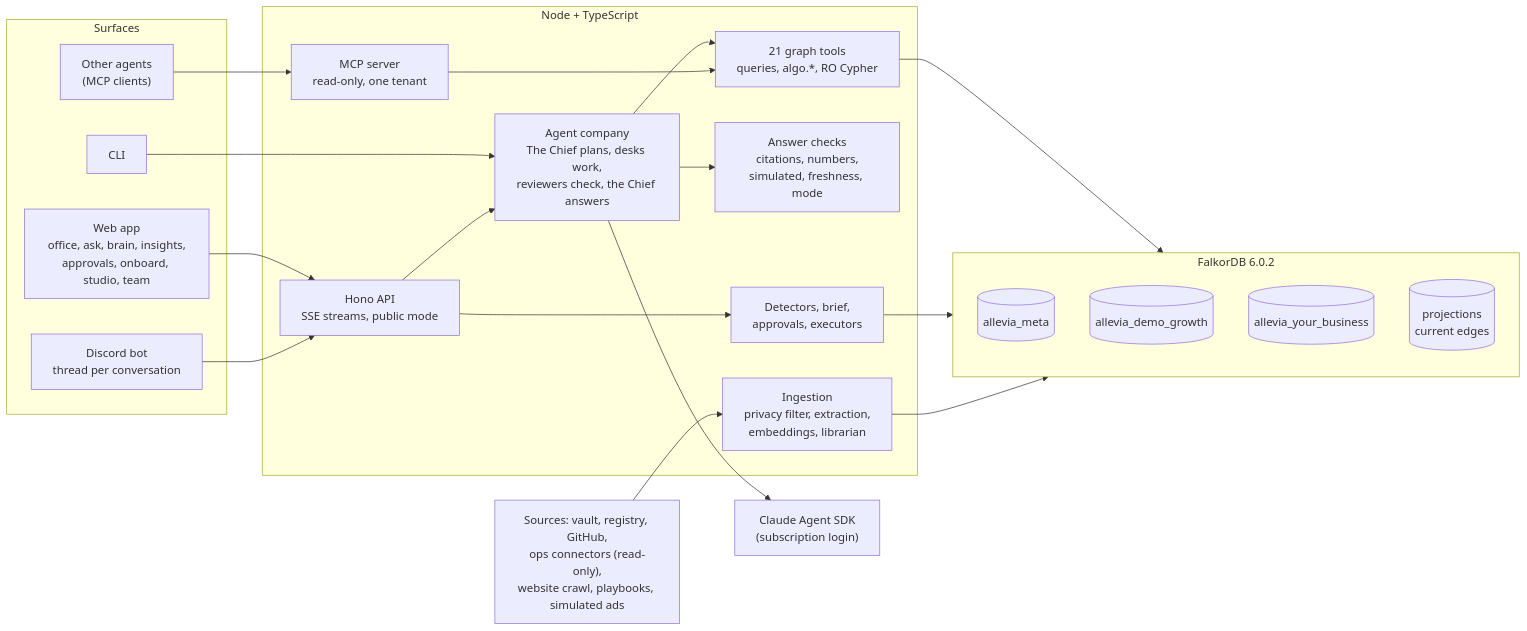
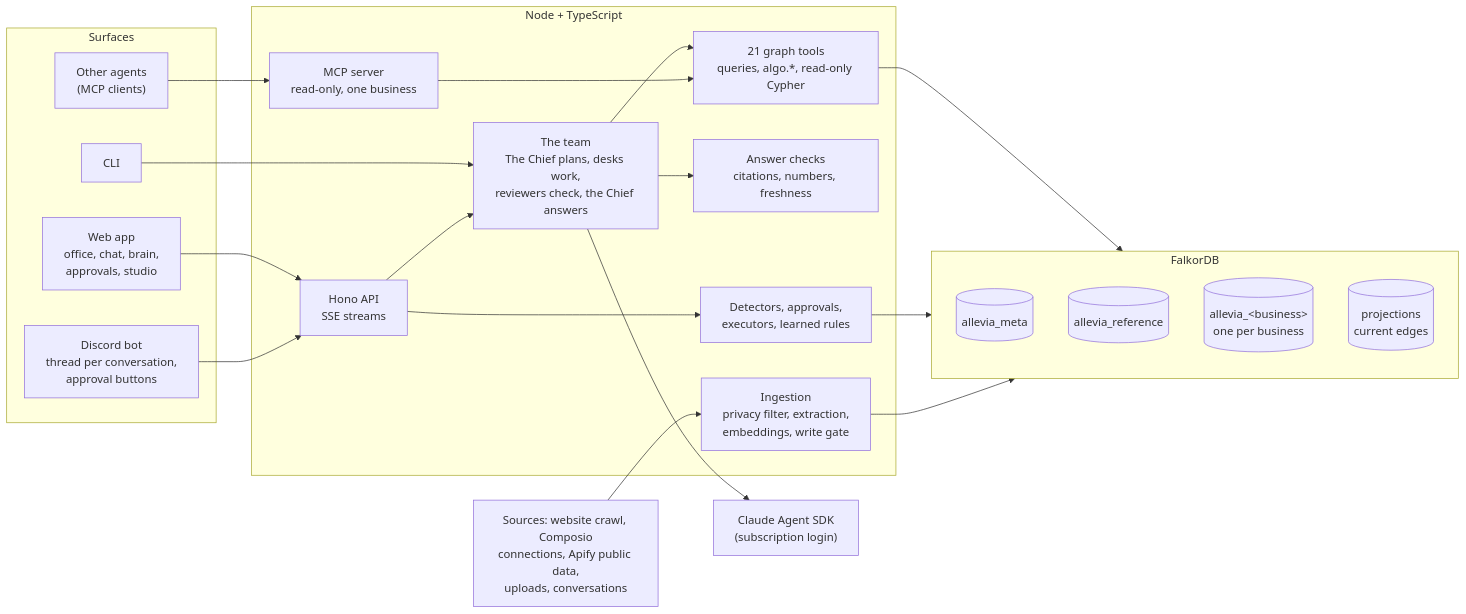
Before and after one commit to Ankit-Vohra/allevia-company-brain: the second of 2 diagrams in README.md, drawn with Mermaid. The commit also changed other lines of this file, not shown here.

Commit message:
README: a public README for the hackathon repo, with links, screenshots, FalkorDB use, try-it and measured results

````diff
--- a/README.md
+++ b/README.md
@@ -422,40 +112,40 @@
 ```mermaid
 flowchart LR
   subgraph Surfaces
-    WEB["Web app<br/>office, ask, brain, insights,<br/>approvals, onboard, studio, team"]
-    DIS["Discord bot<br/>thread per conversation"]
+    WEB["Web app<br/>office, chat, brain,<br/>approvals, studio"]
+    DIS["Discord bot<br/>thread per conversation,<br/>approval buttons"]
     MCPC["Other agents<br/>(MCP clients)"]
     CLI["CLI"]
   end
   subgraph Server["Node + TypeScript"]
-    API["Hono API<br/>SSE streams, public mode"]
-    ORCH["Agent company<br/>The Chief plans, desks work,<br/>reviewers check, the Chief answers"]
-    TOOLS["21 graph tools<br/>queries, algo.*, RO Cypher"]
-    CHK["Answer checks<br/>citations, numbers,<br/>simulated, freshness, mode"]
-    INS["Detectors, brief,<br/>approvals, executors"]
-    ING["Ingestion<br/>privacy filter, extraction,<br/>embeddings, librarian"]
-    MCPS["MCP server<br/>read-only, one tenant"]
+    API["Hono API<br/>SSE streams"]
+    ORCH["The team<br/>The Chief plans, desks work,<br/>reviewers check, the Chief answers"]
+    TOOLS["21 graph tools<br/>queries, algo.*, read-only Cypher"]
+    CHK["Answer checks<br/>citations, numbers, freshness"]
+    INS["Detectors, approvals,<br/>executors, learned rules"]
+    ING["Ingestion<br/>privacy filter, extraction,<br/>embeddings, write gate"]
+    MCPS["MCP server<br/>read-only, one business"]
   end
   SDK["Claude Agent SDK<br/>(subscription login)"]
-  subgraph FDB["FalkorDB 6.0.2"]
+  subgraph FDB["FalkorDB"]
     META[("allevia_meta")]
-    T1[("allevia_demo_growth")]
-    T2[("allevia_your_business")]
+    REF[("allevia_reference")]
+    T1[("allevia_&lt;business&gt;<br/>one per business")]
     PROJ[("projections<br/>current edges")]
   end
-  SRC["Sources: vault, registry, GitHub,<br/>ops connectors (read-only),<br/>website crawl, playbooks, simulated ads"]
+  SRC["Sources: website crawl, Composio<br/>connections, Apify public data,<br/>uploads, conversations"]
 
   WEB --> API
   DIS --> API
   CLI --> ORCH
   MCPC --> MCPS
   API --> ORCH
   ORCH --> SDK
   ORCH --> TOOLS
   ORCH --> CHK
   API --> INS
   TOOLS --> FDB
   MCPS --> TOOLS
   INS --> FDB
   SRC --> ING --> FDB
 ```
````
